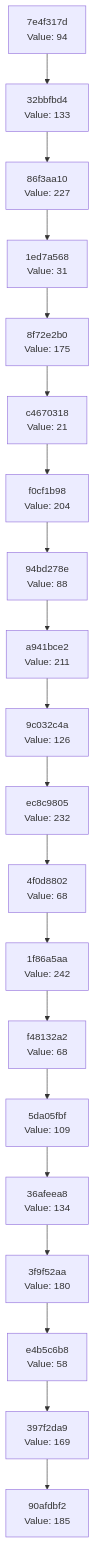
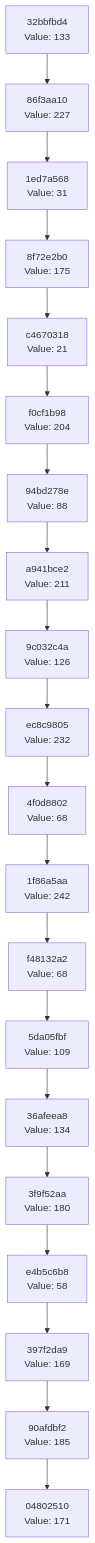
One commit to Abhisheksinha1506/hash-chain-evolver changed the diagram in docs/CHAIN_VISUALIZATION.md. Above: the diagram before and after it, drawn with Mermaid. The commit also changed 1 other file, not shown here.

Commit message:
Evolution step: hash 0xAB → action executed

````diff
--- a/docs/CHAIN_VISUALIZATION.md
+++ b/docs/CHAIN_VISUALIZATION.md
@@ -3,42 +3,42 @@
 ```mermaid
 graph TD
-    C0["90afdbf2<br/>Value: 185"]
-    C1["397f2da9<br/>Value: 169"]
+    C0["04802510<br/>Value: 171"]
+    C1["90afdbf2<br/>Value: 185"]
     C1 --> C0
-    C2["e4b5c6b8<br/>Value: 58"]
+    C2["397f2da9<br/>Value: 169"]
     C2 --> C1
-    C3["3f9f52aa<br/>Value: 180"]
+    C3["e4b5c6b8<br/>Value: 58"]
     C3 --> C2
-    C4["36afeea8<br/>Value: 134"]
+    C4["3f9f52aa<br/>Value: 180"]
     C4 --> C3
-    C5["5da05fbf<br/>Value: 109"]
+    C5["36afeea8<br/>Value: 134"]
     C5 --> C4
-    C6["f48132a2<br/>Value: 68"]
+    C6["5da05fbf<br/>Value: 109"]
     C6 --> C5
-    C7["1f86a5aa<br/>Value: 242"]
+    C7["f48132a2<br/>Value: 68"]
     C7 --> C6
-    C8["4f0d8802<br/>Value: 68"]
+    C8["1f86a5aa<br/>Value: 242"]
     C8 --> C7
-    C9["ec8c9805<br/>Value: 232"]
+    C9["4f0d8802<br/>Value: 68"]
     C9 --> C8
-    C10["9c032c4a<br/>Value: 126"]
+    C10["ec8c9805<br/>Value: 232"]
     C10 --> C9
-    C11["a941bce2<br/>Value: 211"]
+    C11["9c032c4a<br/>Value: 126"]
     C11 --> C10
-    C12["94bd278e<br/>Value: 88"]
+    C12["a941bce2<br/>Value: 211"]
     C12 --> C11
-    C13["f0cf1b98<br/>Value: 204"]
+    C13["94bd278e<br/>Value: 88"]
     C13 --> C12
-    C14["c4670318<br/>Value: 21"]
+    C14["f0cf1b98<br/>Value: 204"]
     C14 --> C13
-    C15["8f72e2b0<br/>Value: 175"]
+    C15["c4670318<br/>Value: 21"]
     C15 --> C14
-    C16["1ed7a568<br/>Value: 31"]
+    C16["8f72e2b0<br/>Value: 175"]
     C16 --> C15
-    C17["86f3aa10<br/>Value: 227"]
+    C17["1ed7a568<br/>Value: 31"]
     C17 --> C16
-    C18["32bbfbd4<br/>Value: 133"]
+    C18["86f3aa10<br/>Value: 227"]
     C18 --> C17
-    C19["7e4f317d<br/>Value: 94"]
+    C19["32bbfbd4<br/>Value: 133"]
     C19 --> C18
 ```
````
